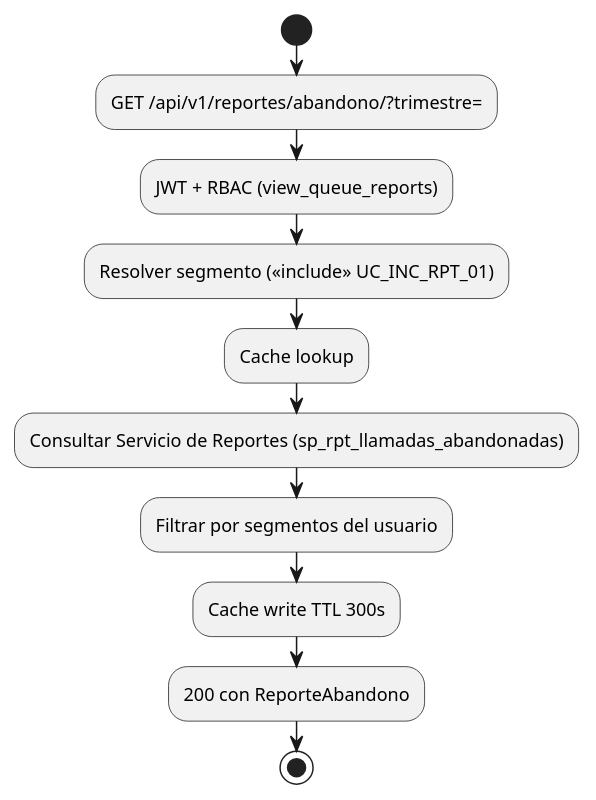
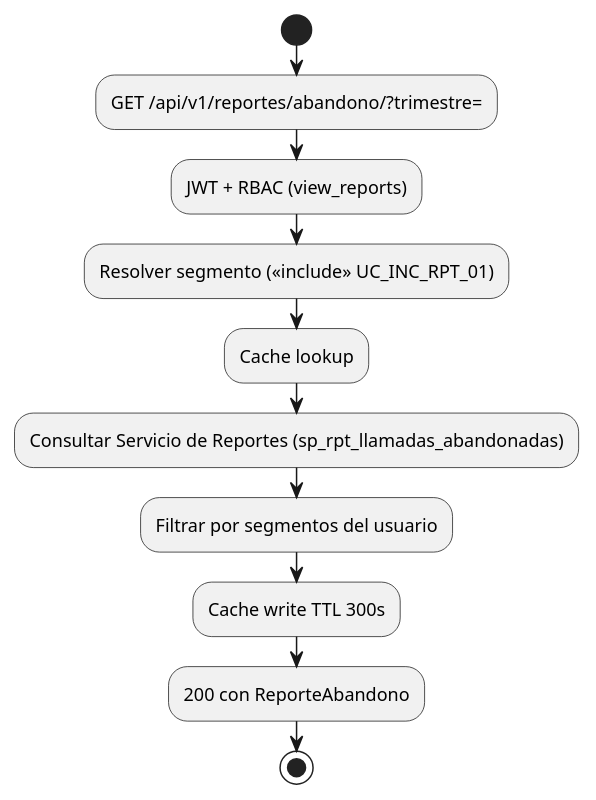
Before and after one commit to jcg-admin/IACT-docs: the second of 4 diagrams in source/requisitos/casos-uso/reports/uc-rpt-13/diagramas-uml.rst, drawn with PlantUML. The commit also changed 108 other files, not shown here.

First line of the commit message:
Apply catalog function names to non-diagram RST files

```diff
--- a/source/requisitos/casos-uso/reports/uc-rpt-13/diagramas-uml.rst
+++ b/source/requisitos/casos-uso/reports/uc-rpt-13/diagramas-uml.rst
@@ -26,14 +26,14 @@
 .. uml::
 
  @startuml
  start
  :GET /api/v1/reportes/abandono/?trimestre=;
- :JWT + RBAC (view_queue_reports);
+ :JWT + RBAC (view_reports);
  :Resolver segmento (<<include>> UC_INC_RPT_01);
  :Cache lookup;
  :Consultar Servicio de Reportes (sp_rpt_llamadas_abandonadas);
  :Filtrar por segmentos del usuario;
  :Cache write TTL 300s;
  :200 con ReporteAbandono;
  stop
  @enduml
```
